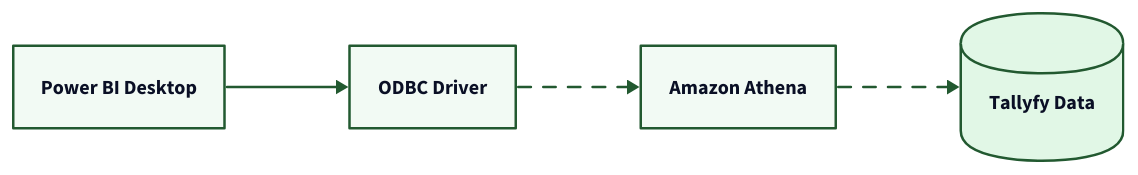
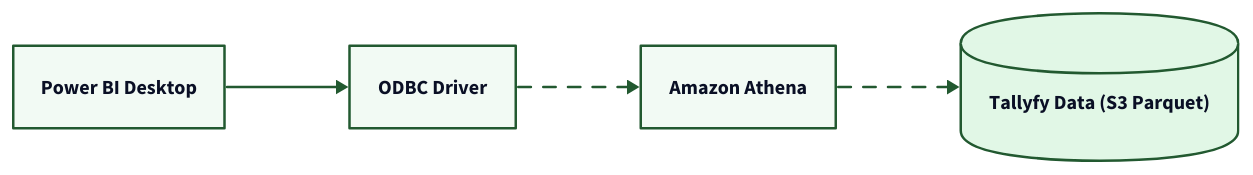
One commit to tallyfy/documentation changed the diagram in src/content/docs/pro/integrations/analytics/powerbi/how-to-analyze-tallyfy-workflows-with-power-bi.mdx. Above: the diagram before and after it, drawn with D2. The commit also changed other lines of this file and 414 other files, not shown here.

````diff
--- a/src/content/docs/pro/integrations/analytics/powerbi/how-to-analyze-tallyfy-workflows-with-power-bi.mdx
+++ b/src/content/docs/pro/integrations/analytics/powerbi/how-to-analyze-tallyfy-workflows-with-power-bi.mdx
@@ -30,49 +25,42 @@
 ```d2
 direction: right
-
-# Connection Architecture
 
 Start: Power BI Desktop {
   shape: rectangle
   style.fill: "#f2faf4"
   style.stroke: "#225930"
 }
 
 ODBC: ODBC Driver {
   shape: rectangle
   style.fill: "#f2faf4"
   style.stroke: "#225930"
 }
 
 Athena: Amazon Athena {
   shape: rectangle
   style.fill: "#f2faf4"
   style.stroke: "#225930"
 }
 
-Data: Tallyfy Data {
+Data: Tallyfy Data (S3 Parquet) {
   shape: cylinder
   style.fill: "#e1f7e6"
   style.stroke: "#225930"
   style.stroke-width: 2
 }
 
-# Flow with animated arrows for data streaming
 Start -> ODBC {
   style.stroke: "#225930"
 }
 
 ODBC -> Athena {
   style.stroke: "#225930"
   style.animated: true
 }
 
 Athena -> Data {
   style.stroke: "#225930"
   style.animated: true
 }
-
-# Note: Clickable links are indicated in the original
-# ODBC link: /products/pro/integrations/analytics/index/ "Analytics overview"
-# Athena link: https://aws.amazon.com/athena/ "Learn about Amazon Athena"
 ```
````
